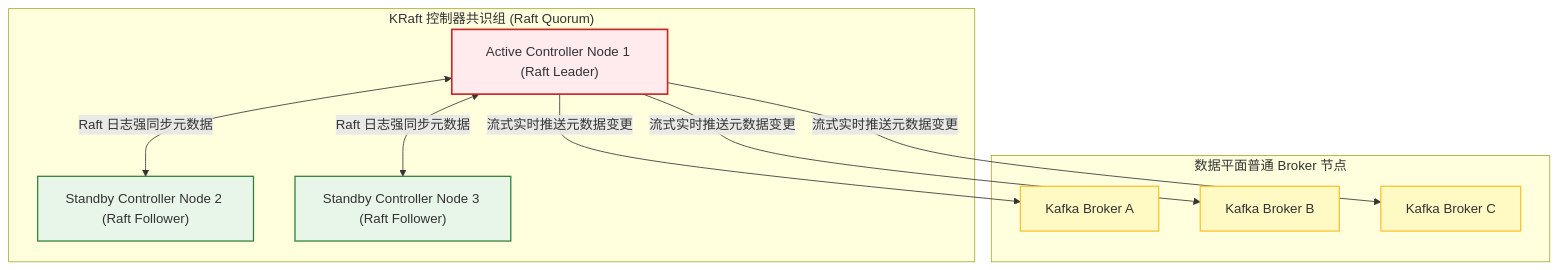
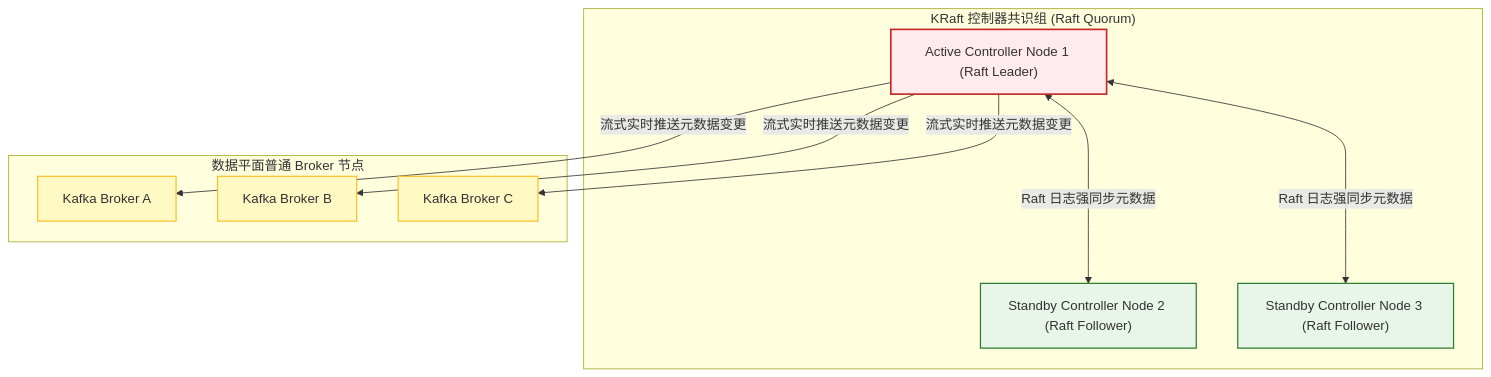
One commit to koosai/AI-Architect-Learning changed the seventh of 8 diagrams in docs/atlas/kafka.mdx. Above: the diagram before and after it, drawn with Mermaid. The commit also changed 68 other files, not shown here.

Commit message:
fix(atlas): fix browser client-side Mermaid rendering for mindmaps and flowcharts across 67 case studies

````diff
--- a/docs/atlas/kafka.mdx
+++ b/docs/atlas/kafka.mdx
@@ -292,22 +292,22 @@
 ```mermaid
 graph TD
   classDef active fill:#ffebee,stroke:#c62828,stroke-width:2px;
   classDef standby fill:#e8f5e9,stroke:#2e7d32,stroke-width:1.5px;
   classDef broker fill:#fff9c4,stroke:#fbc02d,stroke-width:1.5px;
 
   subgraph KRaftControllerQuorum ["KRaft 控制器共识组 (Raft Quorum)"]
     ActiveController["Active Controller Node 1 (Raft Leader)"]:::active
     StandbyController1["Standby Controller Node 2 (Raft Follower)"]:::standby
     StandbyController2["Standby Controller Node 3 (Raft Follower)"]:::standby
   end
 
-  ActiveController <-->|Raft 日志强同步元数据| StandbyController1 & StandbyController2
+  ActiveController <--->|Raft 日志强同步元数据| StandbyController1 & StandbyController2
   
   subgraph DataPlaneBrokers ["数据平面普通 Broker 节点"]
     Broker1["Kafka Broker A"]:::broker
     Broker2["Kafka Broker B"]:::broker
     Broker3["Kafka Broker C"]:::broker
   end
 
   ActiveController -->|流式实时推送元数据变更| Broker1 & Broker2 & Broker3
 ```
````
